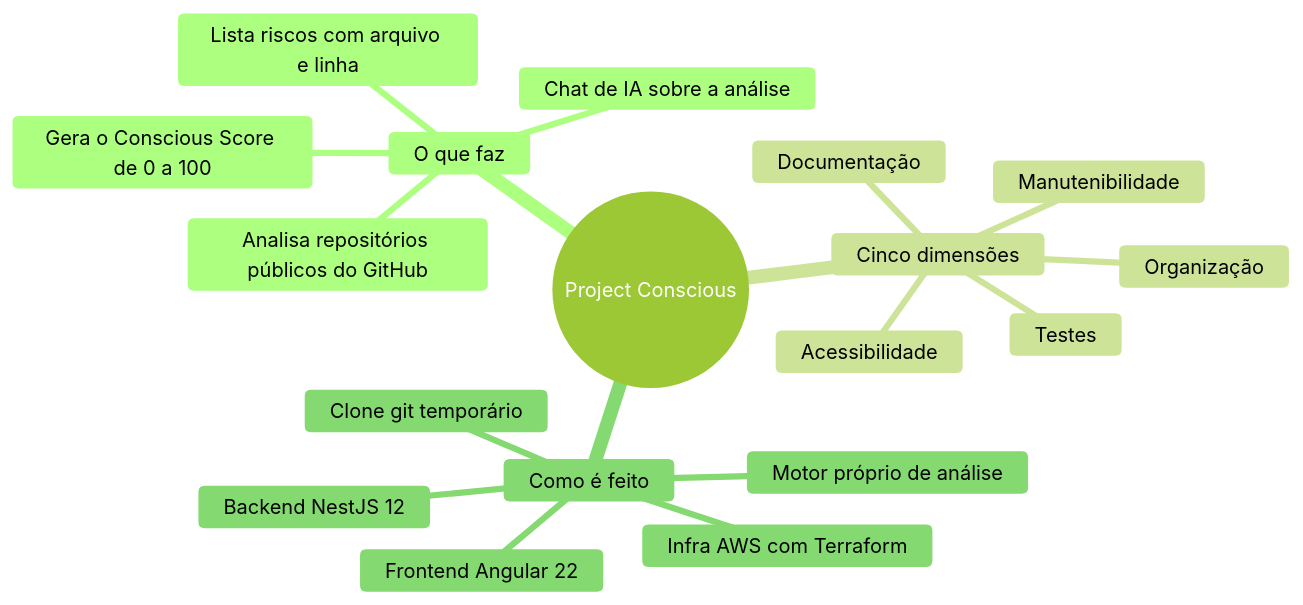
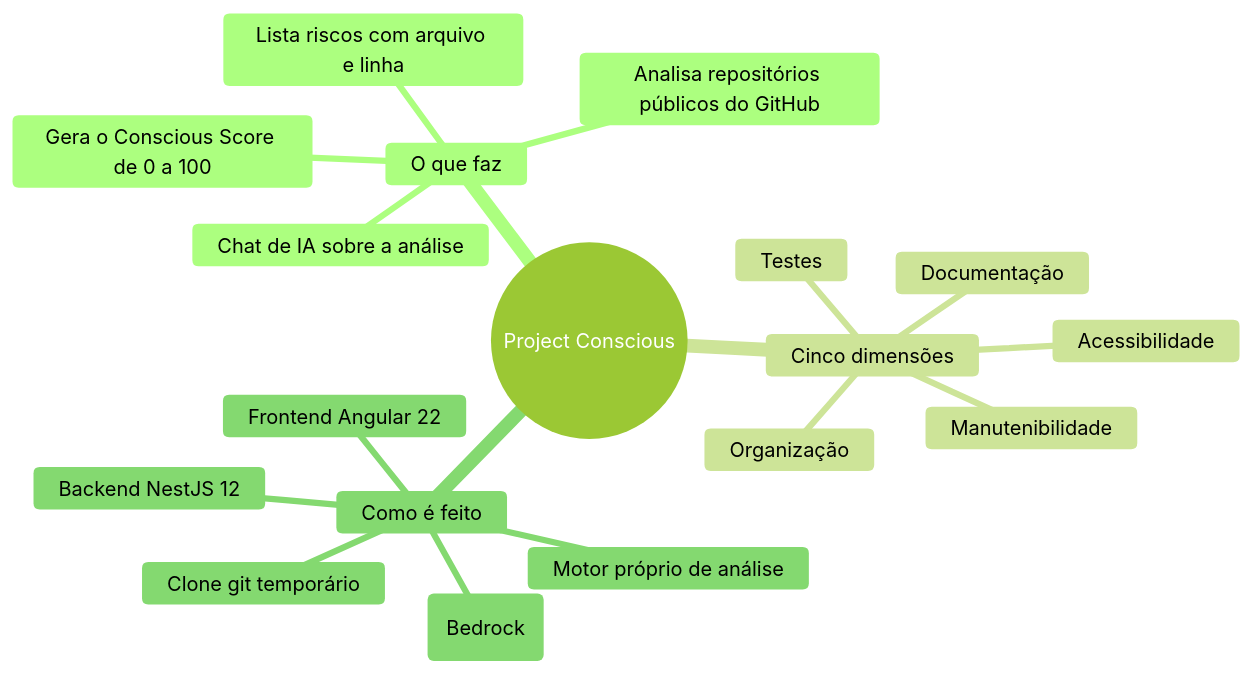
The first of 8 diagrams in docs/visao-geral-do-projeto.md (nathan270109/project-conscious), drawn with Mermaid (forest theme) before and after one commit. The commit also changed other lines of this file and 40 other files, not shown here.

Commit message:
feat: remove recursos desnecessarios da aws provisionados no terraform

````diff
--- a/docs/visao-geral-do-projeto.md
+++ b/docs/visao-geral-do-projeto.md
@@ -19,21 +19,21 @@
 ```mermaid
 mindmap
   root((Project Conscious))
     O que faz
       Analisa repositórios públicos do GitHub
       Gera o Conscious Score de 0 a 100
       Lista riscos com arquivo e linha
       Chat de IA sobre a análise
     Cinco dimensões
       Documentação
       Testes
       Acessibilidade
       Organização
       Manutenibilidade
     Como é feito
       Frontend Angular 22
       Backend NestJS 12
       Motor próprio de análise
       Clone git temporário
-      Infra AWS com Terraform
+      IA local no backend (Bedrock)
 ```
````
